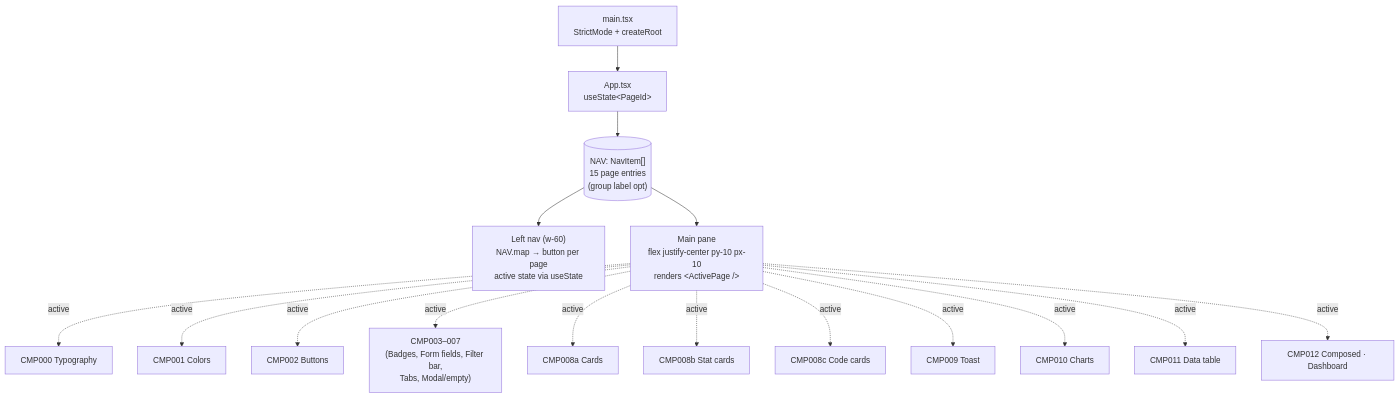
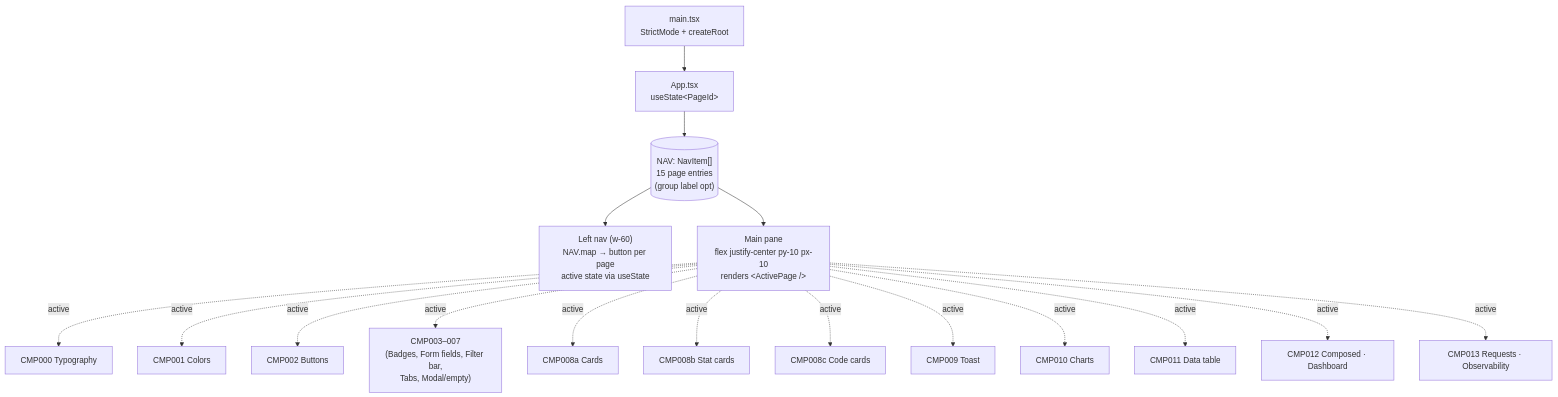
One commit to Neoneue/GateAI changed the second of 7 diagrams in data-model.md. Above: the diagram before and after it, drawn with Mermaid. The commit also changed other lines of this file and 6 other files, not shown here.

````diff
--- a/data-model.md
+++ b/data-model.md
@@ -53,36 +53,38 @@
 ```mermaid
 graph TB
     MAIN["main.tsx<br/>StrictMode + createRoot"]
     APP["App.tsx<br/>useState&lt;PageId&gt;"]
     NAV[("NAV: NavItem[]<br/>15 page entries<br/>(group label opt)")]
     LEFT["Left nav (w-60)<br/>NAV.map → button per page<br/>active state via useState"]
     MAINPANE["Main pane<br/>flex justify-center py-10 px-10<br/>renders &lt;ActivePage /&gt;"]
 
     PAGE000["CMP000 Typography"]
     PAGE001["CMP001 Colors"]
     PAGE002["CMP002 Buttons"]
     PAGEDOTS["CMP003–007<br/>(Badges, Form fields, Filter bar,<br/>Tabs, Modal/empty)"]
     PAGE008a["CMP008a Cards"]
     PAGE008b["CMP008b Stat cards"]
     PAGE008c["CMP008c Code cards"]
     PAGE009["CMP009 Toast"]
     PAGE010["CMP010 Charts"]
     PAGE011["CMP011 Data table"]
     PAGE012["CMP012 Composed · Dashboard"]
+    PAGE013["CMP013 Requests · Observability"]
 
     MAIN --> APP
     APP --> NAV
     NAV --> LEFT
     NAV --> MAINPANE
     MAINPANE -.->|active| PAGE000
     MAINPANE -.->|active| PAGE001
     MAINPANE -.->|active| PAGE002
     MAINPANE -.->|active| PAGEDOTS
     MAINPANE -.->|active| PAGE008a
     MAINPANE -.->|active| PAGE008b
     MAINPANE -.->|active| PAGE008c
     MAINPANE -.->|active| PAGE009
     MAINPANE -.->|active| PAGE010
     MAINPANE -.->|active| PAGE011
     MAINPANE -.->|active| PAGE012
+    MAINPANE -.->|active| PAGE013
 ```
````
